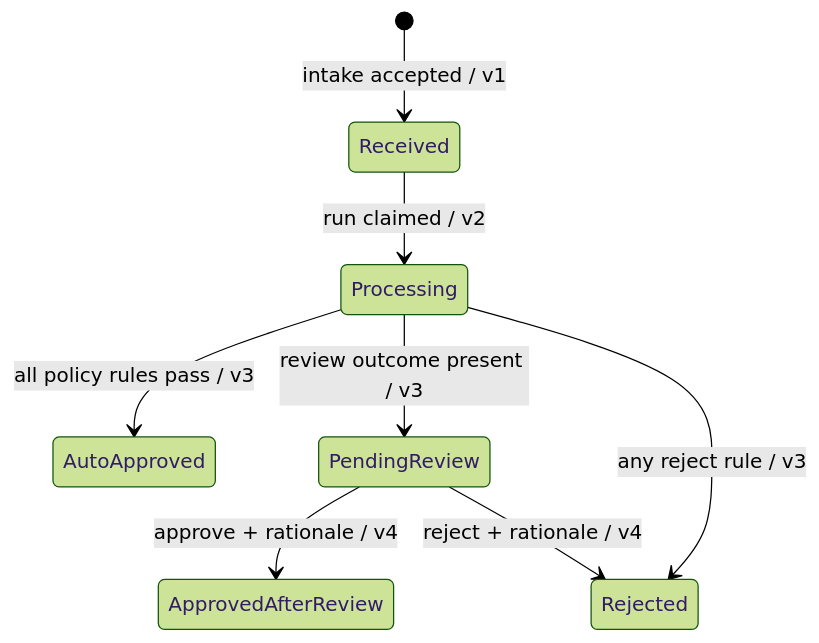
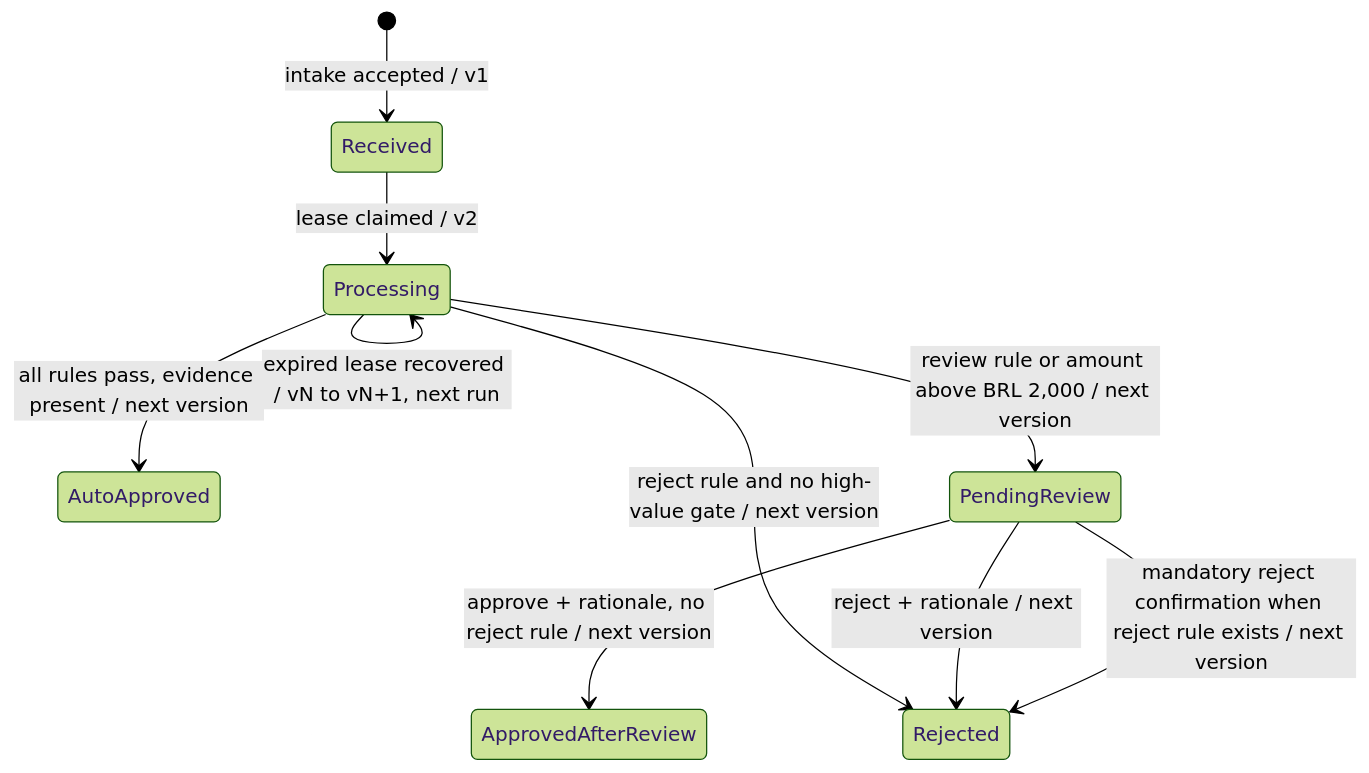
One commit to Dev-Luigy/automation_luigygabriel changed the fourth of 8 diagrams in docs/architecture.md. Above: the diagram before and after it, drawn with Mermaid (forest theme). The commit also changed other lines of this file and 10 other files, not shown here.

Commit message:
docs: align architecture and traceability model

````diff
--- a/docs/architecture.md
+++ b/docs/architecture.md
@@ -138,10 +206,12 @@
 ```mermaid
 stateDiagram-v2
     [*] --> Received: intake accepted / v1
-    Received --> Processing: run claimed / v2
-    Processing --> AutoApproved: all policy rules pass / v3
-    Processing --> PendingReview: review outcome present / v3
-    Processing --> Rejected: any reject rule / v3
-    PendingReview --> ApprovedAfterReview: approve + rationale / v4
-    PendingReview --> Rejected: reject + rationale / v4
+    Received --> Processing: lease claimed / v2
+    Processing --> Processing: expired lease recovered / vN to vN+1, next run
+    Processing --> AutoApproved: all rules pass, evidence present / next version
+    Processing --> PendingReview: review rule or amount above BRL 2,000 / next version
+    Processing --> Rejected: reject rule and no high-value gate / next version
+    PendingReview --> ApprovedAfterReview: approve + rationale, no reject rule / next version
+    PendingReview --> Rejected: reject + rationale / next version
+    PendingReview --> Rejected: mandatory reject confirmation when reject rule exists / next version
 ```
````
